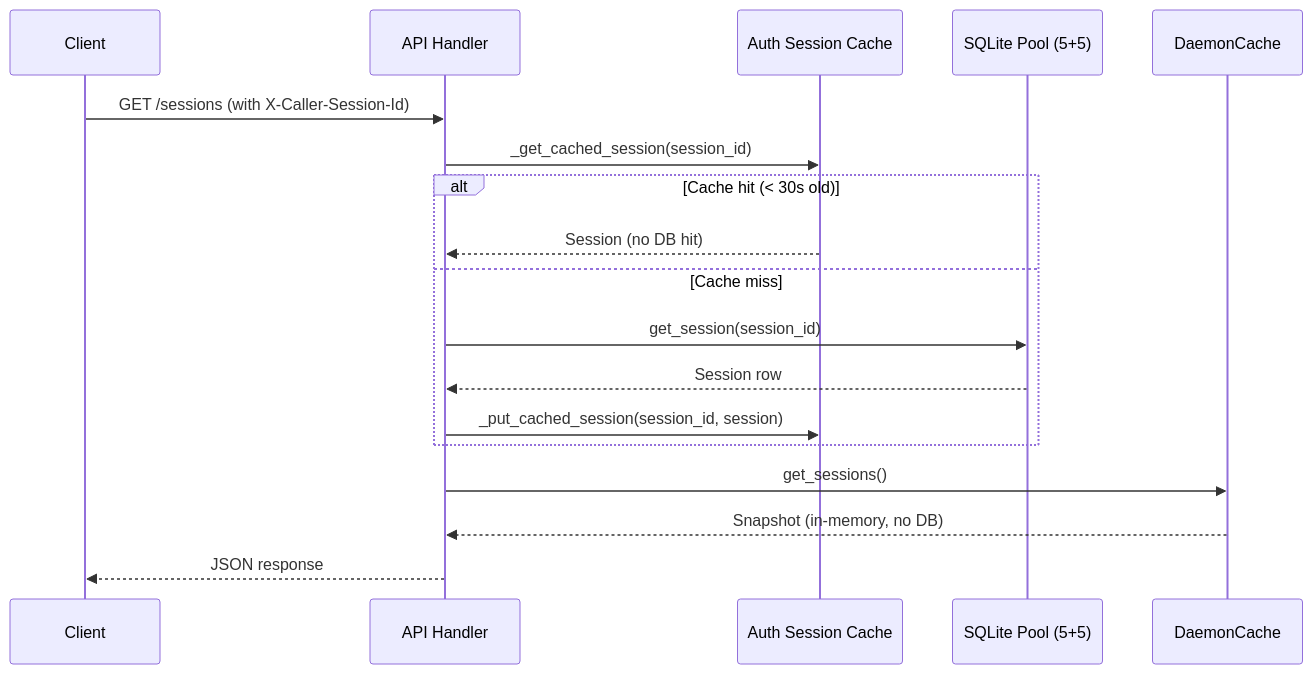
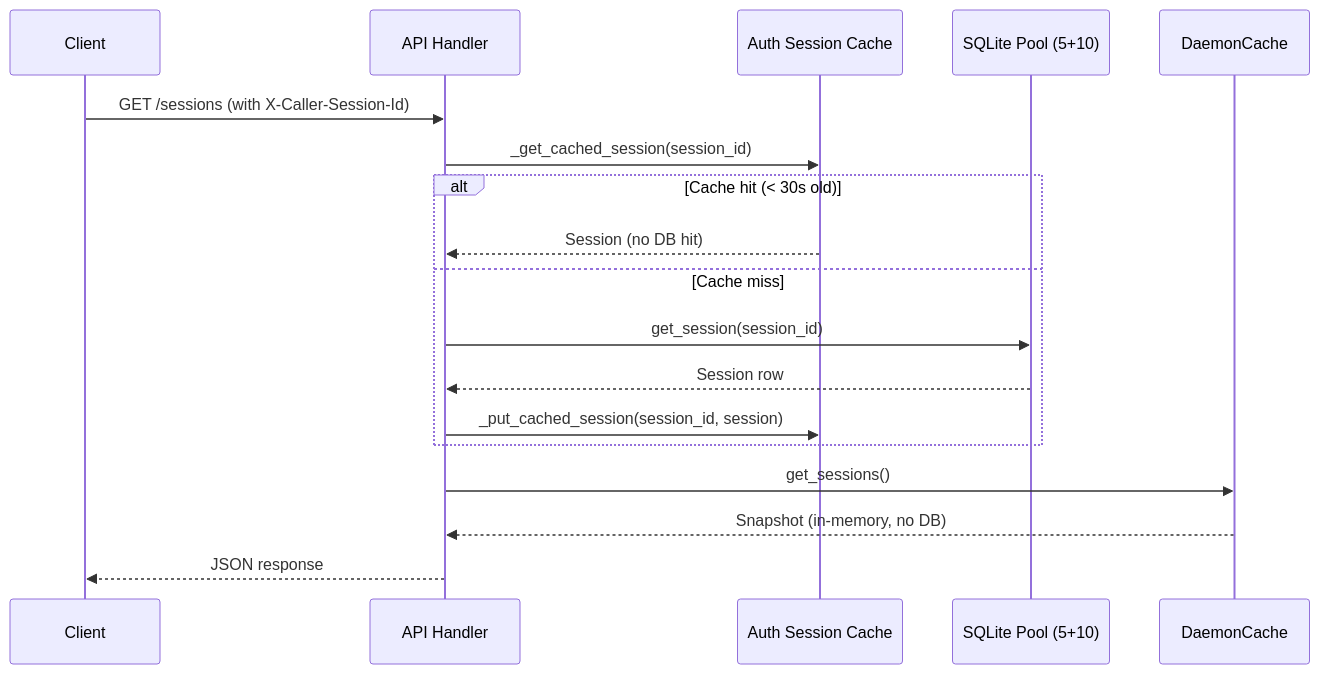
Before and after one commit to InstruktAI/TeleClaude: the second of 5 diagrams in docs/project/design/architecture/performance-tuning.md, drawn with Mermaid. The commit also changed other lines of this file and 1 other file, not shown here.

First line of the commit message:
docs(fix-production-sqlite-engines-use-nullpool-s): ground the pooling contract in the SQLAlchemy dialect default [skip ci]

````diff
--- a/docs/project/design/architecture/performance-tuning.md
+++ b/docs/project/design/architecture/performance-tuning.md
@@ -144,21 +144,21 @@
 ```mermaid
 sequenceDiagram
     participant Client
     participant API as API Handler
     participant AuthCache as Auth Session Cache
-    participant DB as SQLite Pool (5+5)
+    participant DB as SQLite Pool (5+10)
     participant Cache as DaemonCache
 
     Client->>API: GET /sessions (with X-Caller-Session-Id)
     API->>AuthCache: _get_cached_session(session_id)
     alt Cache hit (< 30s old)
         AuthCache-->>API: Session (no DB hit)
     else Cache miss
         API->>DB: get_session(session_id)
         DB-->>API: Session row
         API->>AuthCache: _put_cached_session(session_id, session)
     end
     API->>Cache: get_sessions()
     Cache-->>API: Snapshot (in-memory, no DB)
     API-->>Client: JSON response
 ```
````
